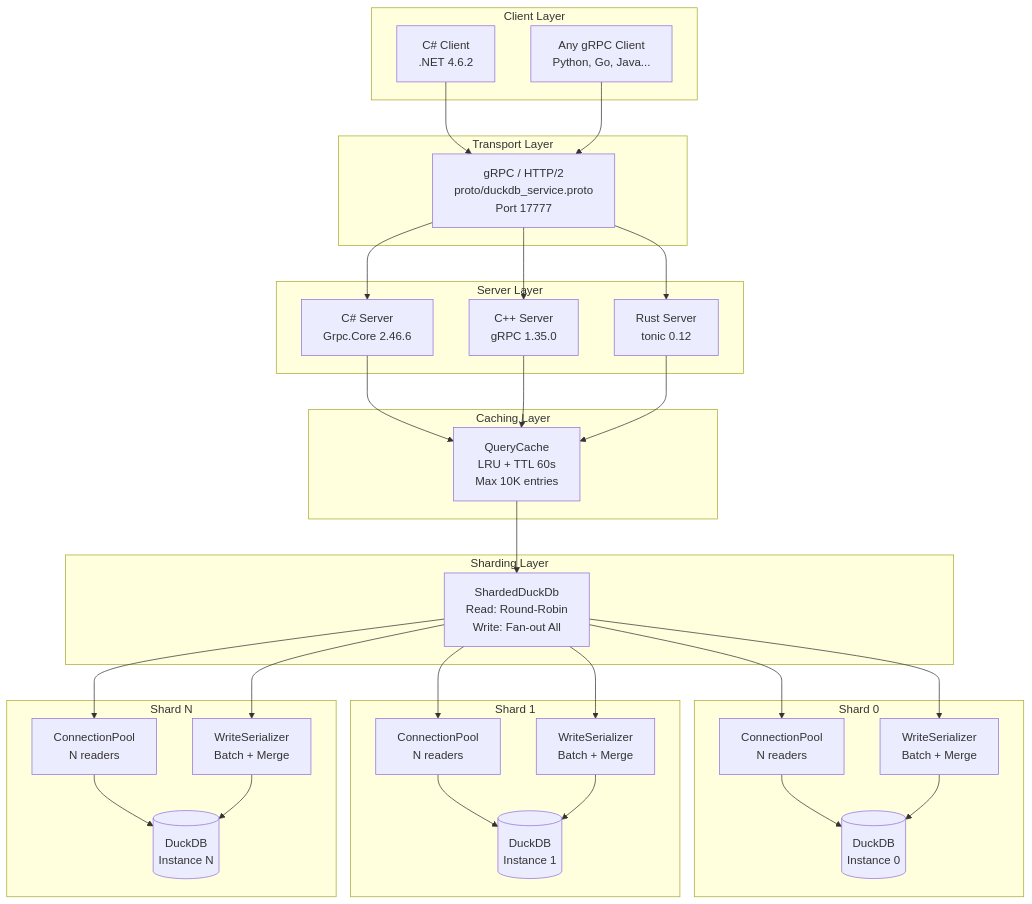
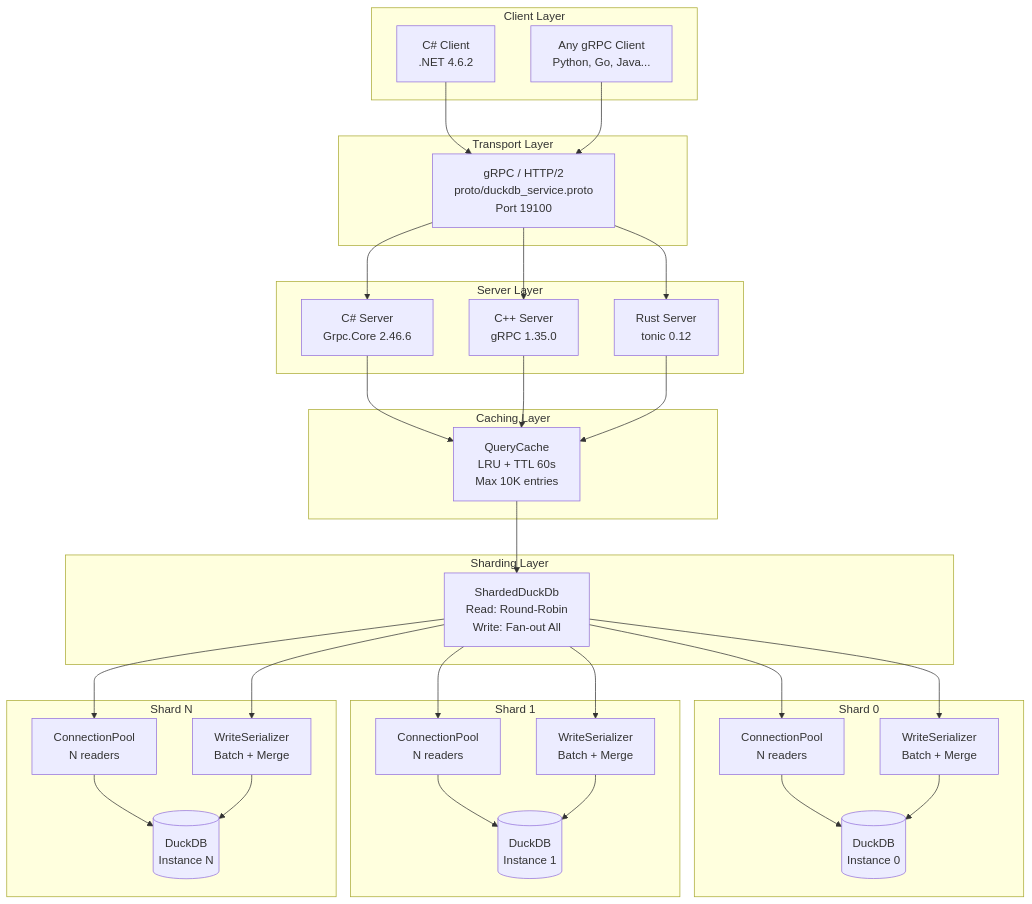
One commit to decryp7/duckdb-server-cpp changed the second of 11 diagrams in ARCHITECTURE.md. Above: the diagram before and after it, drawn with Mermaid. The commit also changed other lines of this file and 16 other files, not shown here.

````diff
--- a/ARCHITECTURE.md
+++ b/ARCHITECTURE.md
@@ -78,65 +78,65 @@
 ```mermaid
 graph TB
     subgraph "Client Layer"
         C1[C# Client<br/>.NET 4.6.2]
         C2[Any gRPC Client<br/>Python, Go, Java...]
     end
 
     subgraph "Transport Layer"
-        GRPC[gRPC / HTTP/2<br/>proto/duckdb_service.proto<br/>Port 17777]
+        GRPC[gRPC / HTTP/2<br/>proto/duckdb_service.proto<br/>Port 19100]
     end
 
     subgraph "Server Layer"
         CS[C# Server<br/>Grpc.Core 2.46.6]
         CPP[C++ Server<br/>gRPC 1.35.0]
         RS[Rust Server<br/>tonic 0.12]
     end
 
     subgraph "Caching Layer"
         QC[QueryCache<br/>LRU + TTL 60s<br/>Max 10K entries]
     end
 
     subgraph "Sharding Layer"
         SD[ShardedDuckDb<br/>Read: Round-Robin<br/>Write: Fan-out All]
     end
 
     subgraph "Shard 0"
         P0[ConnectionPool<br/>N readers]
         W0[WriteSerializer<br/>Batch + Merge]
         DB0[(DuckDB<br/>Instance 0)]
     end
 
     subgraph "Shard 1"
         P1[ConnectionPool<br/>N readers]
         W1[WriteSerializer<br/>Batch + Merge]
         DB1[(DuckDB<br/>Instance 1)]
     end
 
     subgraph "Shard N"
         PN[ConnectionPool<br/>N readers]
         WN[WriteSerializer<br/>Batch + Merge]
         DBN[(DuckDB<br/>Instance N)]
     end
 
     C1 --> GRPC
     C2 --> GRPC
     GRPC --> CS
     GRPC --> CPP
     GRPC --> RS
     CS --> QC
     CPP --> QC
     RS --> QC
     QC --> SD
     SD --> P0
     SD --> P1
     SD --> PN
     SD --> W0
     SD --> W1
     SD --> WN
     P0 --> DB0
     W0 --> DB0
     P1 --> DB1
     W1 --> DB1
     PN --> DBN
     WN --> DBN
 ```
````
